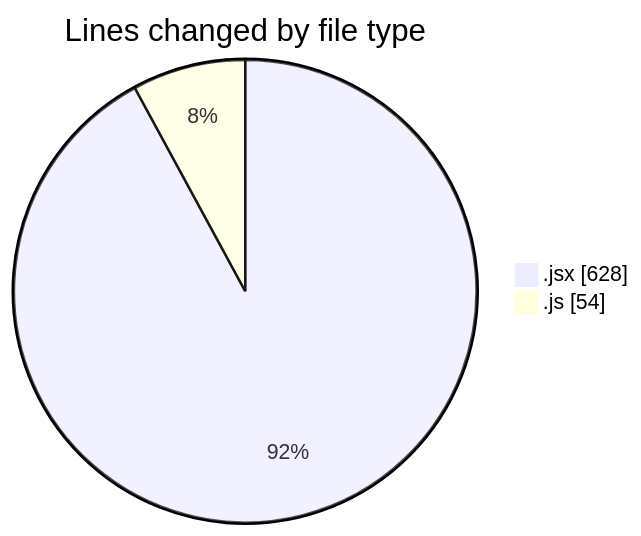
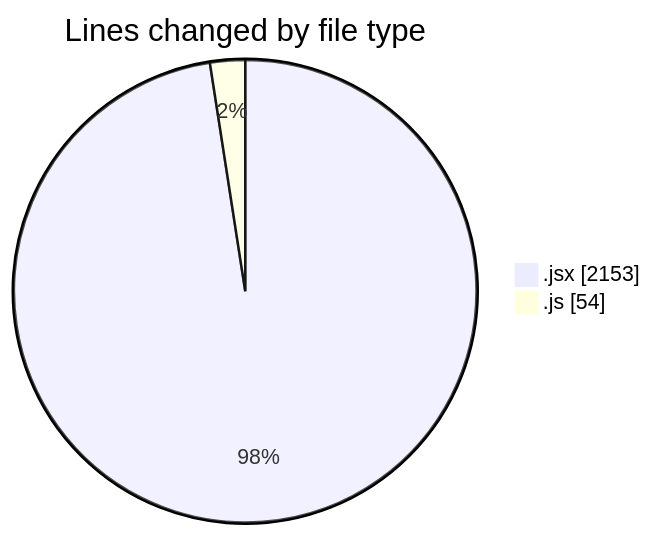
Before and after one commit to nxtqubesakshisongat/code-tracking: the first of 2 diagrams in 2025-06-25/nxtqube_webapp/README.md, drawn with Mermaid. The commit also changed other lines of this file and 1 other file, not shown here.

````diff
--- a/2025-06-25/nxtqube_webapp/README.md
+++ b/2025-06-25/nxtqube_webapp/README.md
@@ -21,6 +22,6 @@
 ```mermaid
 pie showData
 title Lines changed by file type
-".jsx" : 628
+".jsx" : 2153
 ".js" : 54
 ```
````
